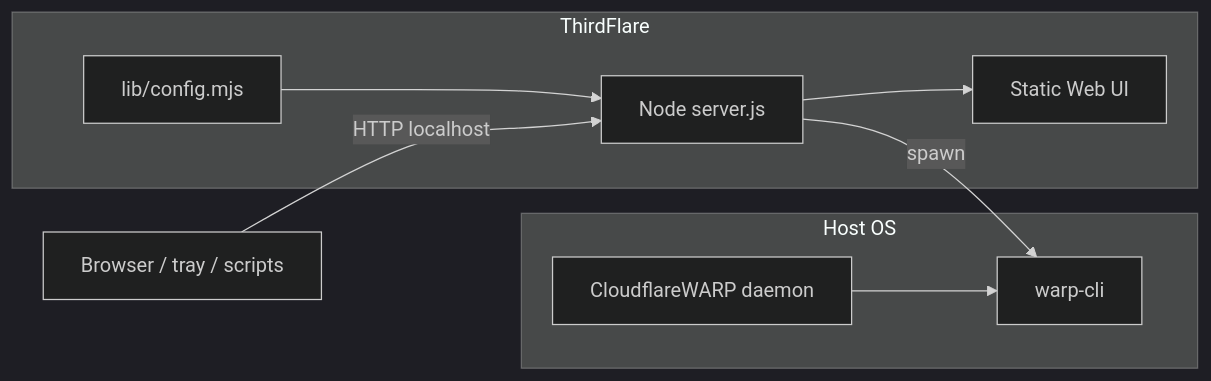
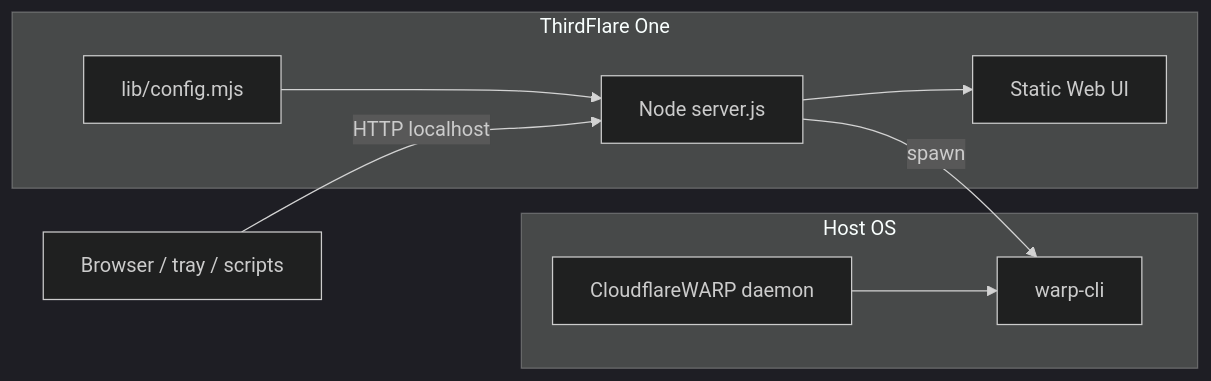
The diagram in docs/ARCHITECTURE.md (bodencrouch/thirdflare-one), drawn with Mermaid (dark theme) before and after one commit. The commit also changed other lines of this file and 28 other files, not shown here.

First line of the commit message:
refactor: rename product display to ThirdFlare One

````diff
--- a/docs/ARCHITECTURE.md
+++ b/docs/ARCHITECTURE.md
@@ -9,19 +9,19 @@
 ```mermaid
 flowchart LR
   subgraph host [Host OS]
     WARP[CloudflareWARP daemon]
     CLI[warp-cli]
     WARP --> CLI
   end
 
-  subgraph thirdflare [ThirdFlare]
+  subgraph thirdflare [ThirdFlare One]
     SRV[Node server.js]
     CFG[lib/config.mjs]
     UI[Static Web UI]
     CFG --> SRV
     SRV --> UI
     SRV -->|spawn| CLI
   end
 
   Browser[Browser / tray / scripts] -->|HTTP localhost| SRV
 ```
````
